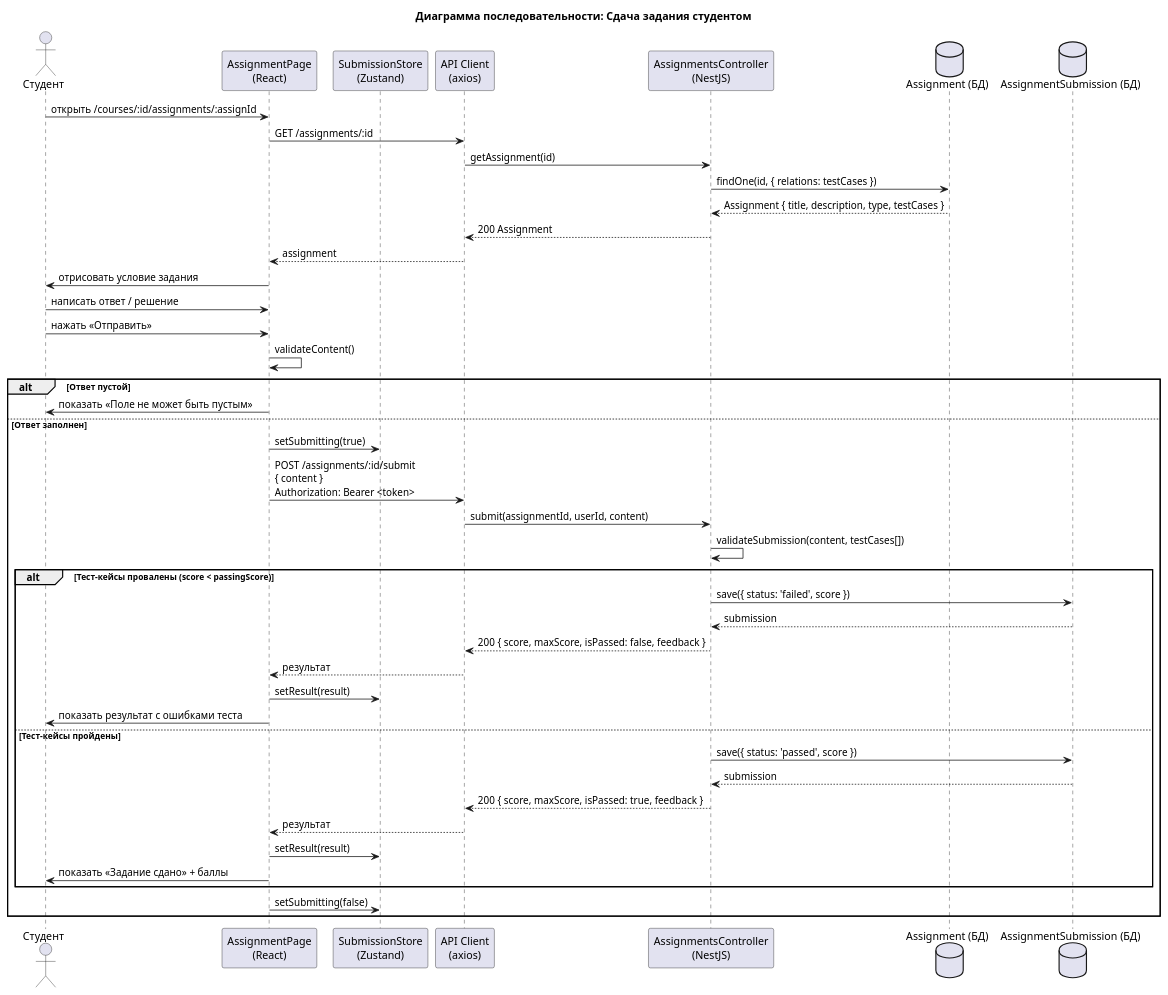
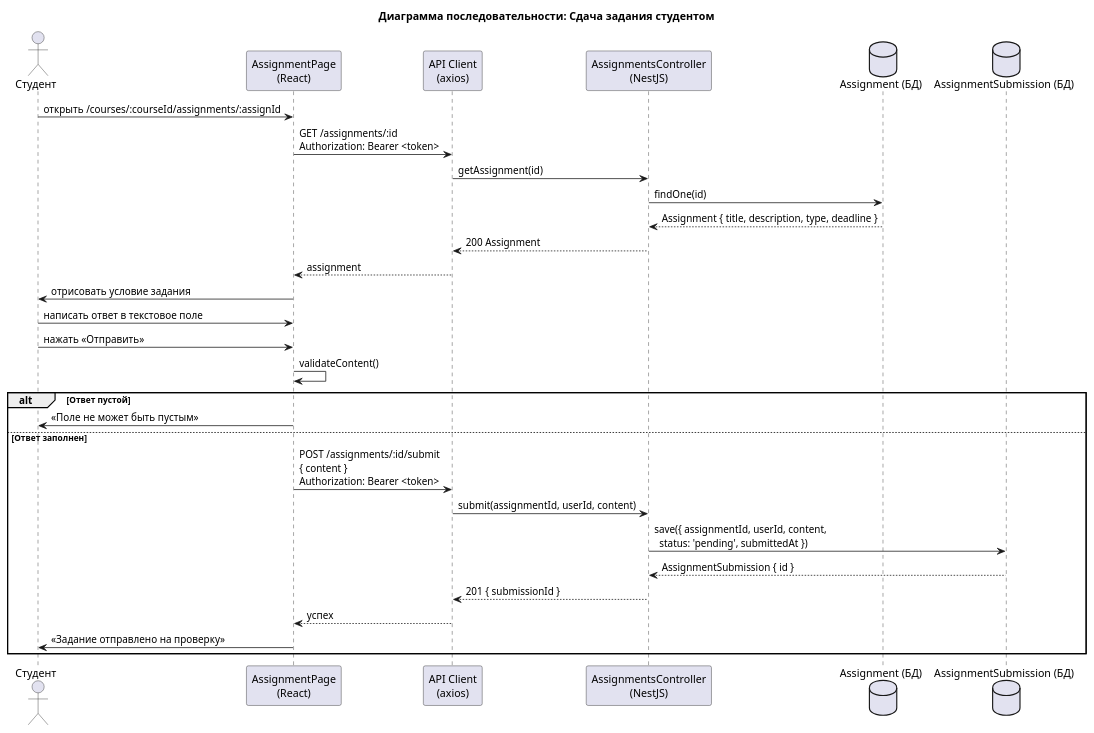
Before and after one commit to DoniZefironi/ASOI-Diploma: the diagram in пояснительная записка/diagrams/seq_05_assignment_submission.puml, drawn with PlantUML. The commit also changed 33 other files, not shown here.

```diff
--- a/пояснительная записка/diagrams/seq_05_assignment_submission.puml
+++ b/пояснительная записка/diagrams/seq_05_assignment_submission.puml
@@ -1,51 +1,36 @@
 @startuml
 title Диаграмма последовательности: Сдача задания студентом
 
 actor Студент as S
 participant "AssignmentPage\n(React)" as AP
-participant "SubmissionStore\n(Zustand)" as SS
 participant "API Client\n(axios)" as API
 participant "AssignmentsController\n(NestJS)" as AC
 database "Assignment (БД)" as ADB
 database "AssignmentSubmission (БД)" as SubDB
 
-S -> AP: открыть /courses/:id/assignments/:assignId
-AP -> API: GET /assignments/:id
+S -> AP: открыть /courses/:courseId/assignments/:assignId
+AP -> API: GET /assignments/:id\nAuthorization: Bearer <token>
 API -> AC: getAssignment(id)
-AC -> ADB: findOne(id, { relations: testCases })
-ADB --> AC: Assignment { title, description, type, testCases }
+AC -> ADB: findOne(id)
+ADB --> AC: Assignment { title, description, type, deadline }
 AC --> API: 200 Assignment
 API --> AP: assignment
 AP -> S: отрисовать условие задания
 
-S -> AP: написать ответ / решение
+S -> AP: написать ответ в текстовое поле
 S -> AP: нажать «Отправить»
 AP -> AP: validateContent()
 
 alt Ответ пустой
-  AP -> S: показать «Поле не может быть пустым»
+  AP -> S: «Поле не может быть пустым»
 else Ответ заполнен
-  AP -> SS: setSubmitting(true)
   AP -> API: POST /assignments/:id/submit\n{ content }\nAuthorization: Bearer <token>
   API -> AC: submit(assignmentId, userId, content)
-  AC -> AC: validateSubmission(content, testCases[])
-
-  alt Тест-кейсы провалены (score < passingScore)
-    AC -> SubDB: save({ status: 'failed', score })
-    SubDB --> AC: submission
-    AC --> API: 200 { score, maxScore, isPassed: false, feedback }
-    API --> AP: результат
-    AP -> SS: setResult(result)
-    AP -> S: показать результат с ошибками теста
-  else Тест-кейсы пройдены
-    AC -> SubDB: save({ status: 'passed', score })
-    SubDB --> AC: submission
-    AC --> API: 200 { score, maxScore, isPassed: true, feedback }
-    API --> AP: результат
-    AP -> SS: setResult(result)
-    AP -> S: показать «Задание сдано» + баллы
-  end
-  AP -> SS: setSubmitting(false)
+  AC -> SubDB: save({ assignmentId, userId, content,\n  status: 'pending', submittedAt })
+  SubDB --> AC: AssignmentSubmission { id }
+  AC --> API: 201 { submissionId }
+  API --> AP: успех
+  AP -> S: «Задание отправлено на проверку»
 end
 
 @enduml
```
